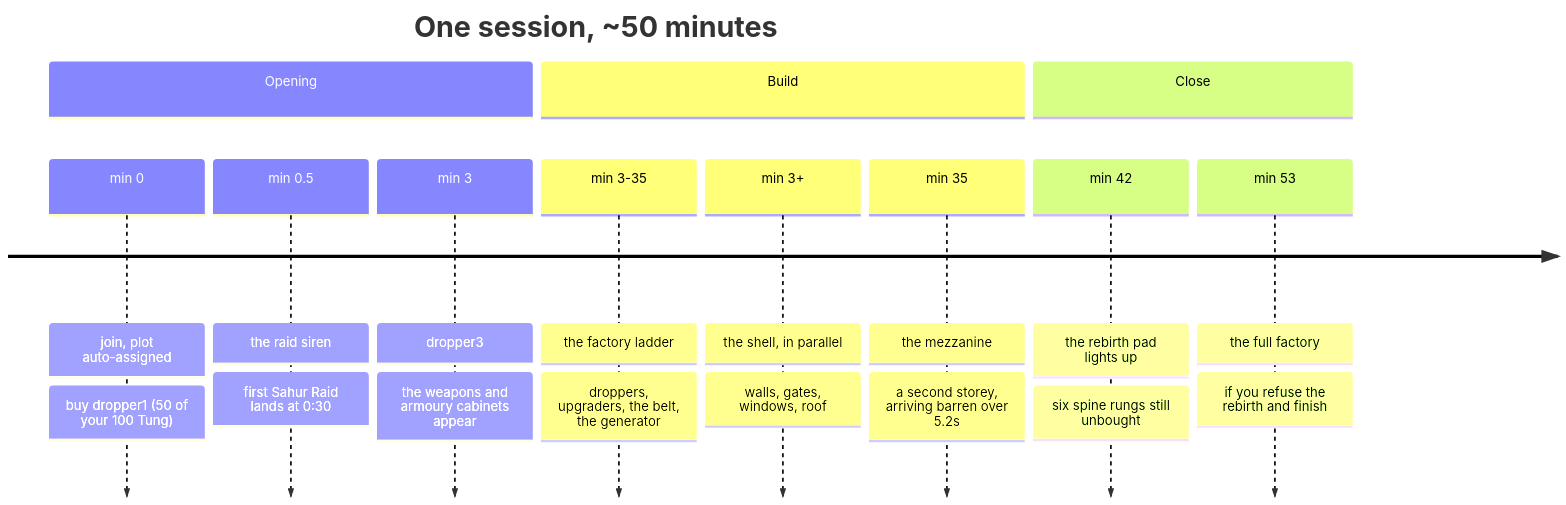
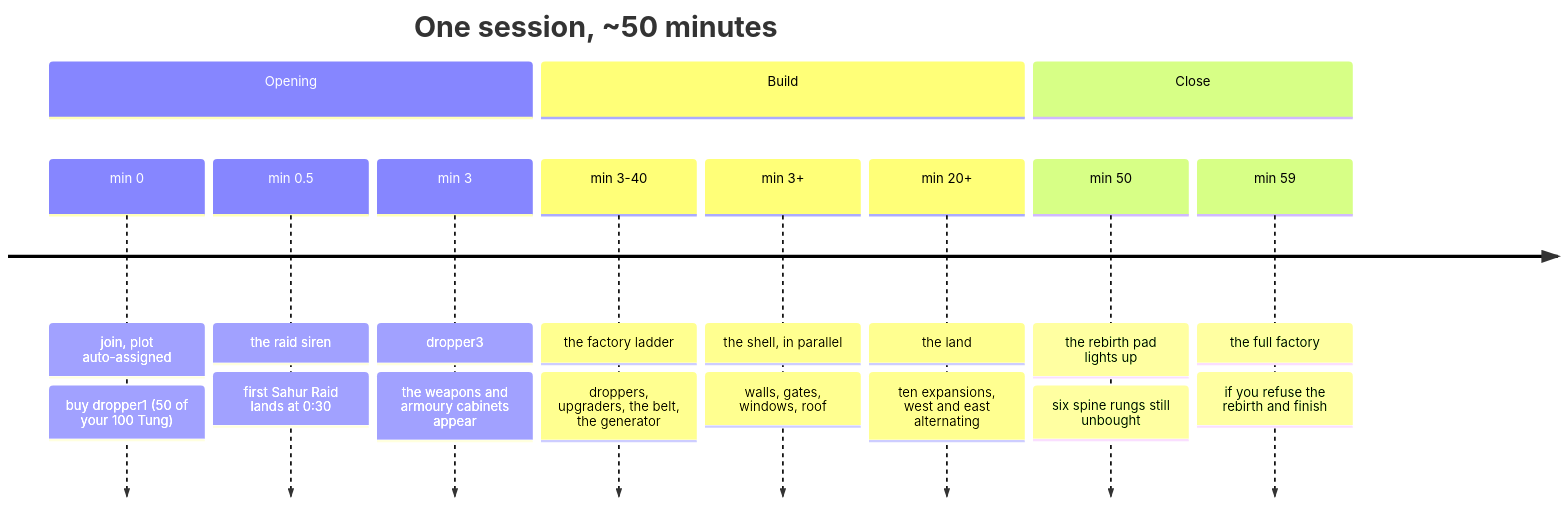
The first of 6 diagrams in docs/design/GAME.md (adit-rah/ttt), drawn with Mermaid before and after one commit. The commit also changed other lines of this file and 26 other files, not shown here.

````diff
--- a/docs/design/GAME.md
+++ b/docs/design/GAME.md
@@ -34,15 +34,15 @@
 ```mermaid
 timeline
     title One session, ~50 minutes
     section Opening
         min 0  : join, plot auto-assigned : buy dropper1 (50 of your 100 Tung)
         min 0.5 : the raid siren : first Sahur Raid lands at 0:30
         min 3  : dropper3 : the weapons and armoury cabinets appear
     section Build
-        min 3-35 : the factory ladder : droppers, upgraders, the belt, the generator
+        min 3-40 : the factory ladder : droppers, upgraders, the belt, the generator
         min 3+   : the shell, in parallel : walls, gates, windows, roof
-        min 35   : the mezzanine : a second storey, arriving barren over 5.2s
+        min 20+  : the land : ten expansions, west and east alternating
     section Close
-        min 42 : the rebirth pad lights up : six spine rungs still unbought
-        min 53 : the full factory : if you refuse the rebirth and finish
+        min 50 : the rebirth pad lights up : six spine rungs still unbought
+        min 59 : the full factory : if you refuse the rebirth and finish
 ```
````
